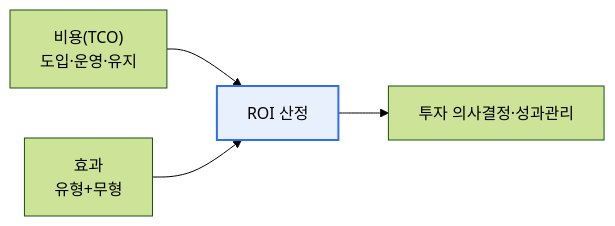
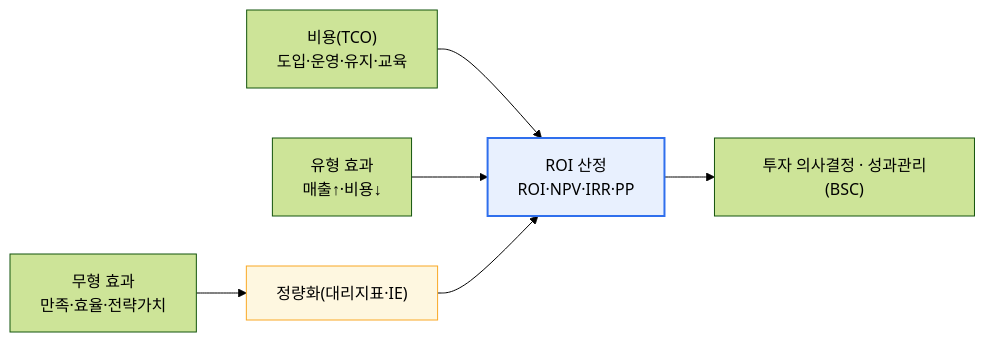
The first of 2 diagrams in content/it-roi.md (coninggu/wjdqhrhksflrltnftk), drawn with Mermaid (forest theme) before and after one commit. The commit also changed other lines of this file and 3 other files, not shown here.

````diff
--- a/content/it-roi.md
+++ b/content/it-roi.md
@@ -15,7 +21,10 @@
 ```mermaid
 flowchart LR
-  C["비용(TCO)<br/>도입·운영·유지"] --> R[ROI 산정]
-  B["효과<br/>유형+무형"] --> R
-  R --> D[투자 의사결정·성과관리]
+  C["비용(TCO)<br/>도입·운영·유지·교육"] --> R["ROI 산정<br/>ROI·NPV·IRR·PP"]
+  T["유형 효과<br/>매출↑·비용↓"] --> R
+  I["무형 효과<br/>만족·효율·전략가치"] --> Q["정량화(대리지표·IE)"]
+  Q --> R
+  R --> D["투자 의사결정 · 성과관리(BSC)"]
   style R fill:#e8f0fe,stroke:#2f6fed,stroke-width:2px
+  style Q fill:#fef7e0,stroke:#f9a825,stroke-width:1px
 ```
````
